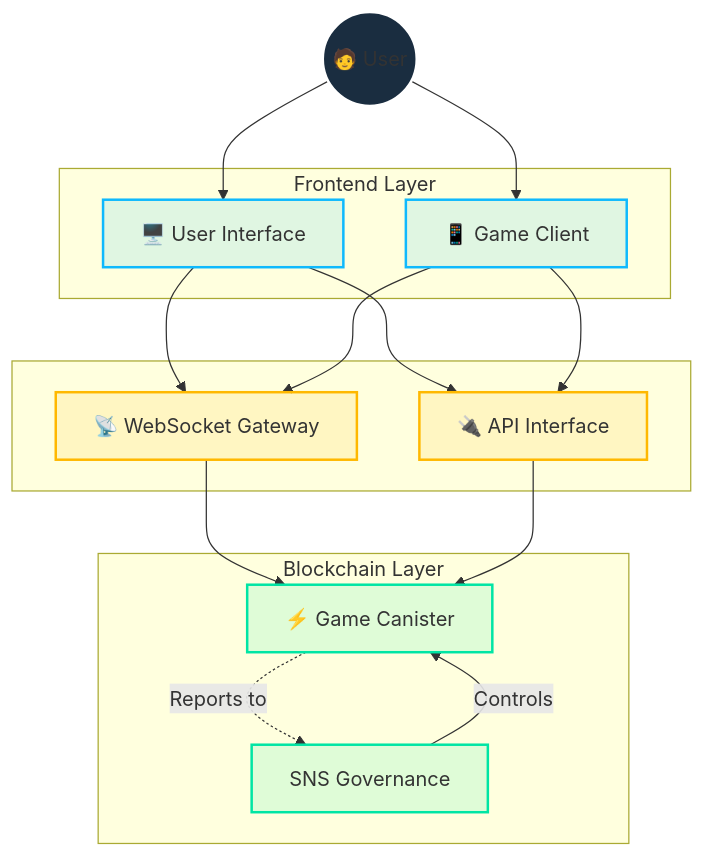
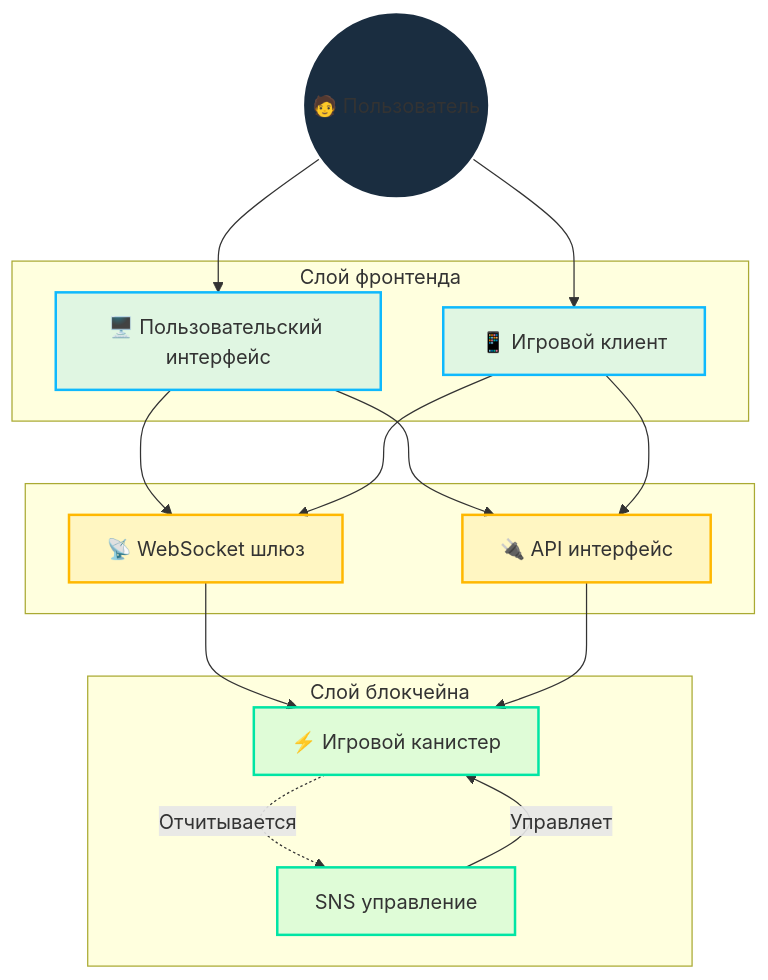
The diagram in src/frontend/src/assets/markdown/ru/architecture.md (cosmicrafts/cosmicrafts-dao), drawn with Mermaid before and after one commit. The commit also changed other lines of this file and 46 other files, not shown here.

````diff
--- a/src/frontend/src/assets/markdown/ru/architecture.md
+++ b/src/frontend/src/assets/markdown/ru/architecture.md
@@ -44,47 +42,47 @@
 ```mermaid
 graph TD
-    %% Core User Layer
-    User(("🧑 User"))
+    %% Пользовательский слой
+    User(("🧑 Пользователь"))
     
-    %% Frontend Layer
-    subgraph "Frontend Layer"
-        UI["🖥️ User Interface"]
-        Client["📱 Game Client"]
+    %% Фронтенд слой
+    subgraph "Слой фронтенда"
+        UI["🖥️ Пользовательский интерфейс"]
+        Client["📱 Игровой клиент"]
     end
     
-    %% Communication Layer
+    %% Коммуникационный слой
     subgraph " "
-        WS["📡 WebSocket Gateway"]
-        API["🔌 API Interface"]
+        WS["📡 WebSocket шлюз"]
+        API["🔌 API интерфейс"]
     end
     
-    %% Blockchain Layer
-    subgraph "Blockchain Layer"
-        Canister["⚡ Game Canister"]
-        DAO["SNS Governance"]
+    %% Блокчейн слой
+    subgraph "Слой блокчейна"
+        Canister["⚡ Игровой канистер"]
+        DAO["SNS управление"]
     end
     
-    %% Connections
+    %% Соединения
     User --> UI
     User --> Client
     UI --> WS
     UI --> API
     Client --> WS
     Client --> API
     WS --> Canister
     API --> Canister
-    Canister -.->|"Reports to"| DAO
-    DAO -->|"Controls"| Canister
+    Canister -.->|"Отчитывается"| DAO
+    DAO -->|"Управляет"| Canister
     
-    %% Styles
+    %% Стили
     classDef user fill:#1a2d40,stroke:#fff,stroke-width:2px
     classDef frontend fill:#0FB9FD20,stroke:#0FB9FD,stroke-width:2px
     classDef comms fill:#FFB80020,stroke:#FFB800,stroke-width:2px
     classDef blockchain fill:#00E5A420,stroke:#00E5A4,stroke-width:2px
     
-    %% Apply styles
+    %% Применение стилей
     class User user
     class UI,Client frontend
     class WS,API comms
     class Canister,DAO blockchain
 ```
````
